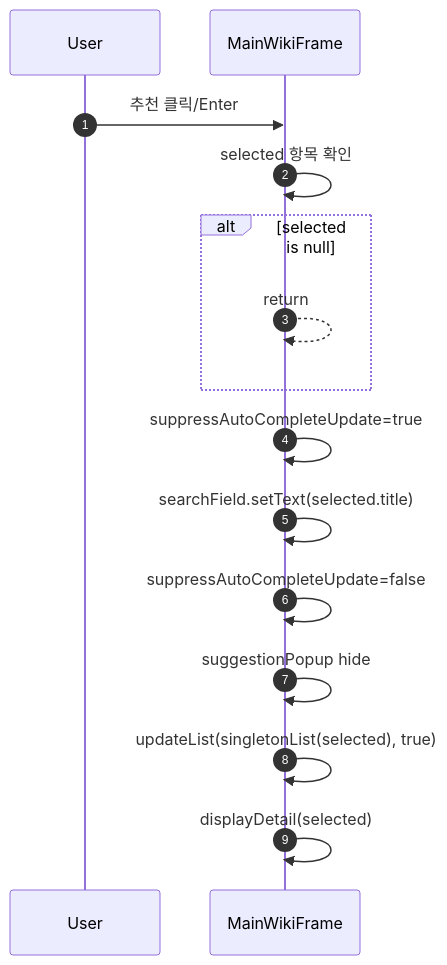
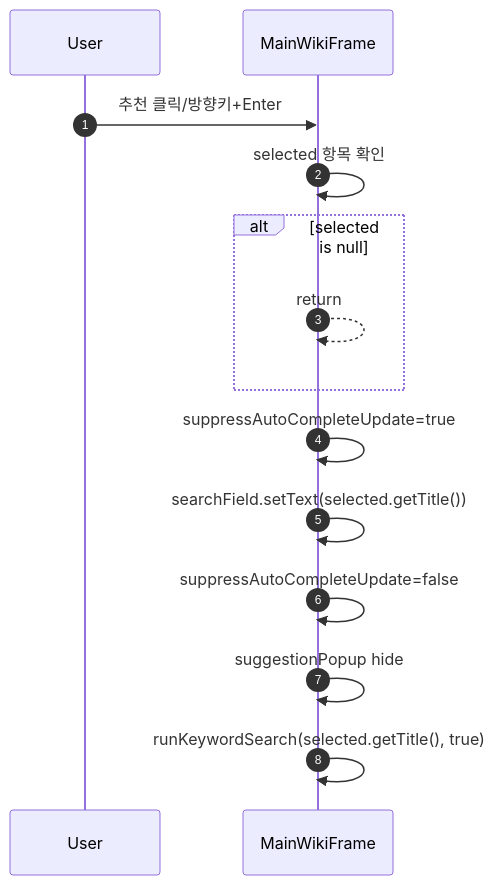
One commit to jegalhb/JAVA_WIKI_ONLINE changed the seventh of 10 diagrams in src/Reproject/README.md. Above: the diagram before and after it, drawn with Mermaid. The commit also changed other lines of this file and 10 other files, not shown here.

````diff
--- a/src/Reproject/README.md
+++ b/src/Reproject/README.md
@@ -231,18 +243,17 @@
 ```mermaid
 sequenceDiagram
     autonumber
     participant U as User
     participant MW as MainWikiFrame
 
-    U->>MW: 추천 클릭/Enter
+    U->>MW: 추천 클릭/방향키+Enter
     MW->>MW: selected 항목 확인
     alt selected is null
         MW-->>MW: return
     end
     MW->>MW: suppressAutoCompleteUpdate=true
-    MW->>MW: searchField.setText(selected.title)
+    MW->>MW: searchField.setText(selected.getTitle())
     MW->>MW: suppressAutoCompleteUpdate=false
     MW->>MW: suggestionPopup hide
-    MW->>MW: updateList(singletonList(selected), true)
-    MW->>MW: displayDetail(selected)
+    MW->>MW: runKeywordSearch(selected.getTitle(), true)
 ```
````
